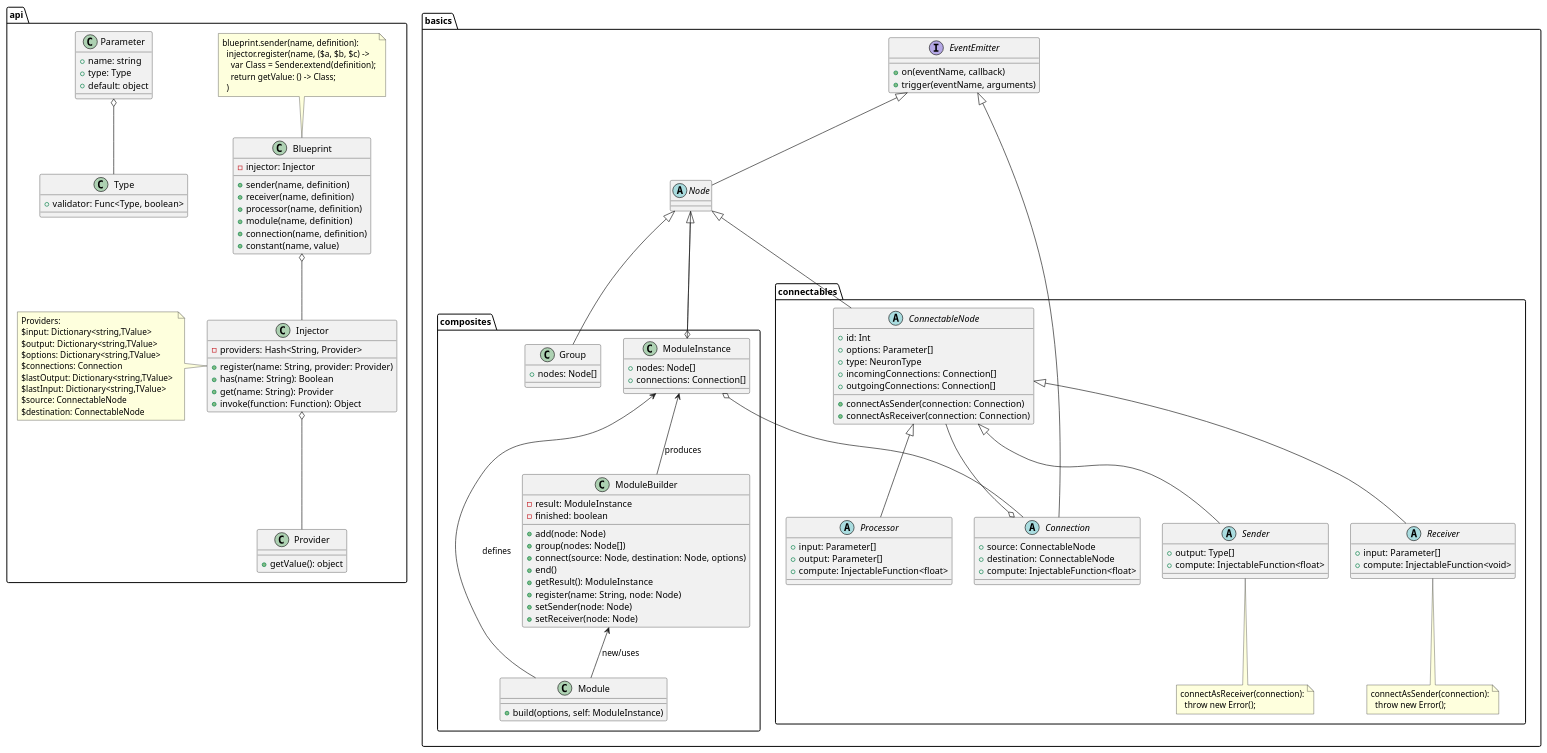
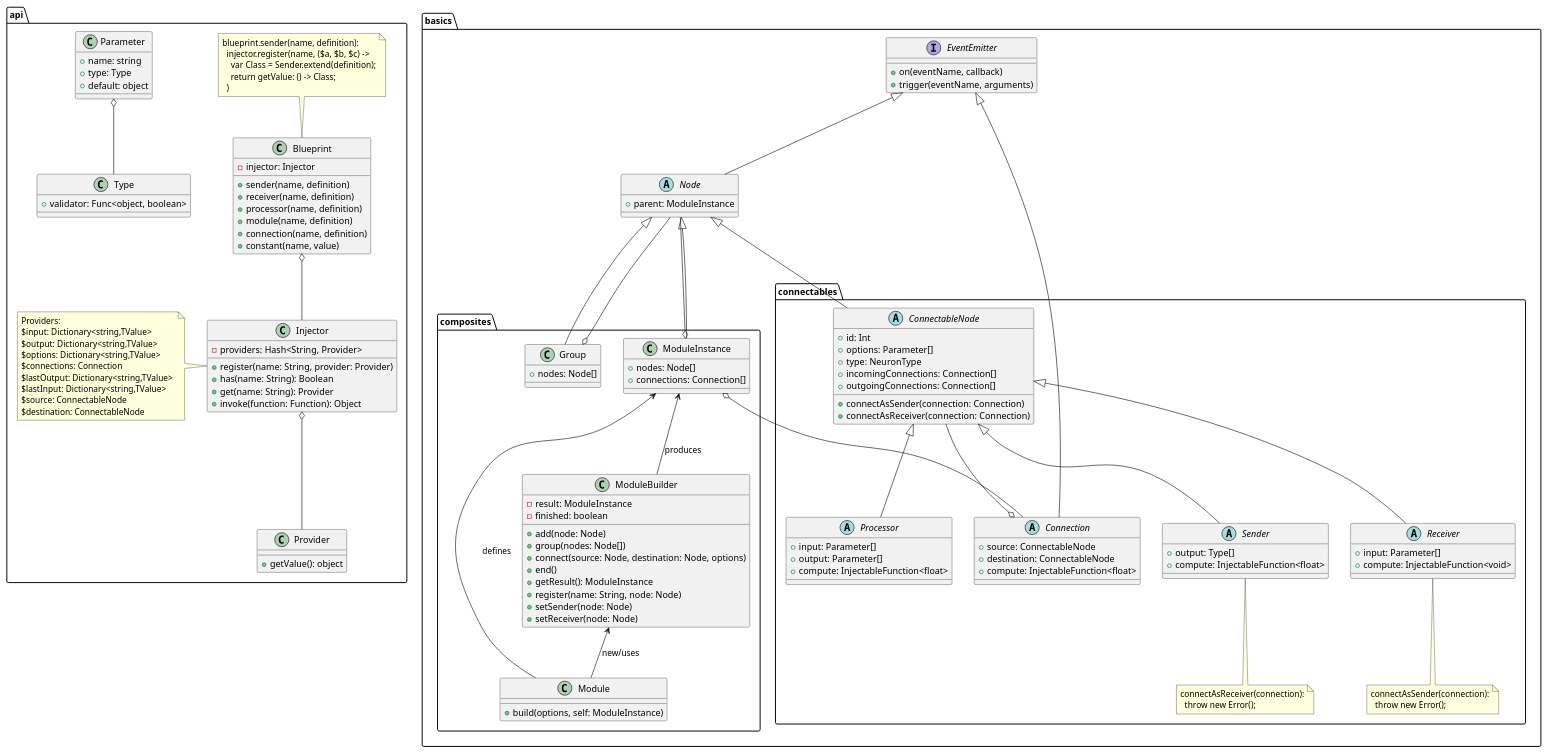
Before and after one commit to Lotes/blueprint: the diagram in uml/rev-2-basics.puml, drawn with PlantUML. The commit also changed 8 other files, not shown here.

```diff
--- a/uml/rev-2-basics.puml
+++ b/uml/rev-2-basics.puml
@@ -44,7 +44,7 @@
   }
   
   class Type {
-    +validator: Func<Type, boolean>
+    +validator: Func<object, boolean>
   }
   
   class Parameter {
@@ -62,7 +62,7 @@
   }
 
   abstract class Node {
-  
+    +parent: ModuleInstance
   }
   EventEmitter <|-- Node
   
@@ -119,6 +119,7 @@
       +nodes: Node[]
     }
     Node <|-- Group
+    Node --o Group
     
     class Module {
       +build(options, self: ModuleInstance)
```
